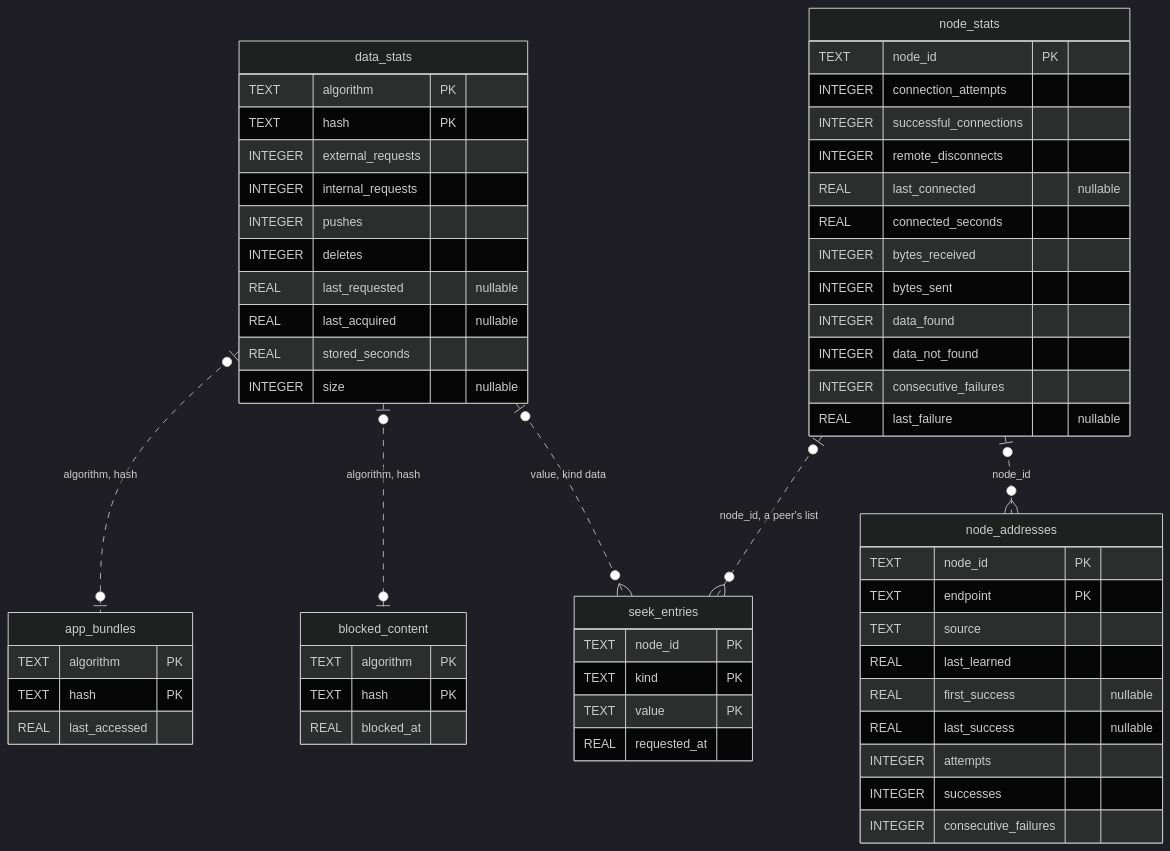
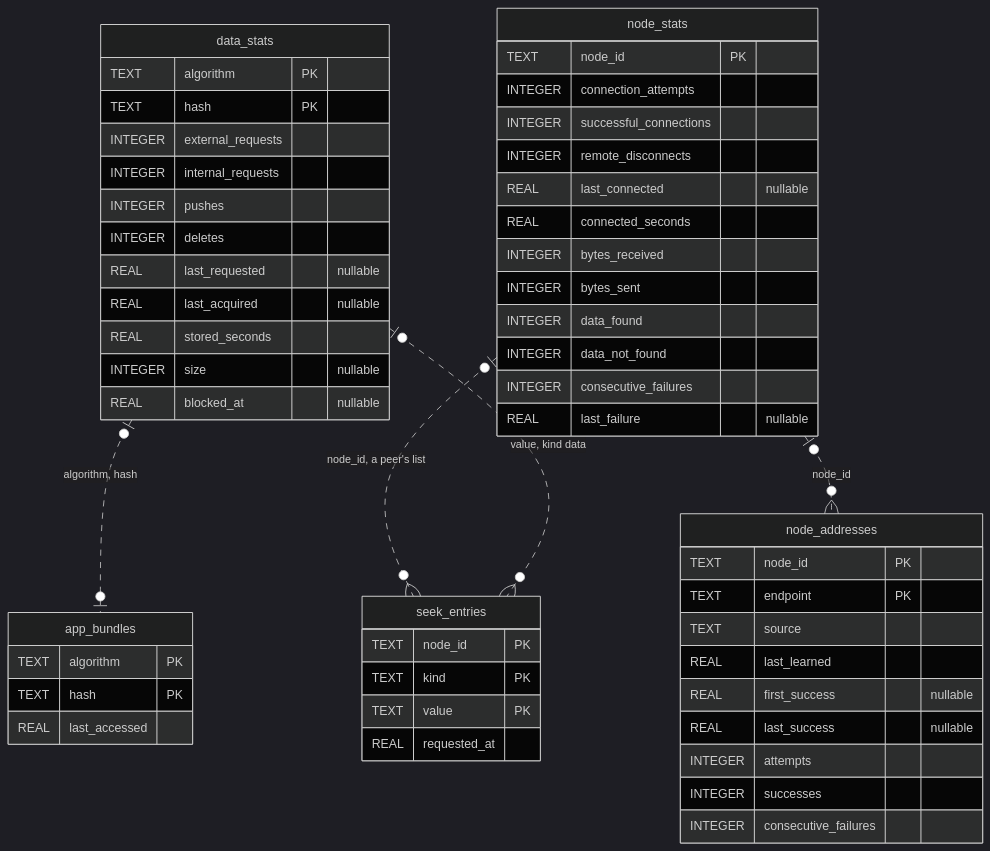
One commit to marcpage/libranet changed the diagram in docs/implementation/Database Schema.md. Above: the diagram before and after it, drawn with Mermaid (dark theme). The commit also changed other lines of this file and 6 other files, not shown here.

Commit message:
blocked is a column on data stats instead of its own table

````diff
--- a/docs/implementation/Database Schema.md
+++ b/docs/implementation/Database Schema.md
@@ -127,61 +125,56 @@
 ```mermaid
 erDiagram
     data_stats {
         TEXT algorithm PK
         TEXT hash PK
         INTEGER external_requests
         INTEGER internal_requests
         INTEGER pushes
         INTEGER deletes
         REAL last_requested "nullable"
         REAL last_acquired "nullable"
         REAL stored_seconds
         INTEGER size "nullable"
+        REAL blocked_at "nullable"
     }
     app_bundles {
         TEXT algorithm PK
         TEXT hash PK
         REAL last_accessed
     }
     node_stats {
         TEXT node_id PK
         INTEGER connection_attempts
         INTEGER successful_connections
         INTEGER remote_disconnects
         REAL last_connected "nullable"
         REAL connected_seconds
         INTEGER bytes_received
         INTEGER bytes_sent
         INTEGER data_found
         INTEGER data_not_found
         INTEGER consecutive_failures
         REAL last_failure "nullable"
     }
     node_addresses {
         TEXT node_id PK
         TEXT endpoint PK
         TEXT source
         REAL last_learned
         REAL first_success "nullable"
         REAL last_success "nullable"
         INTEGER attempts
         INTEGER successes
         INTEGER consecutive_failures
     }
     seek_entries {
         TEXT node_id PK
         TEXT kind PK
         TEXT value PK
         REAL requested_at
     }
-    blocked_content {
-        TEXT algorithm PK
-        TEXT hash PK
-        REAL blocked_at
-    }
     node_stats |o..o{ node_addresses : "node_id"
     node_stats |o..o{ seek_entries : "node_id, a peer's list"
     data_stats |o..o| app_bundles : "algorithm, hash"
     data_stats |o..o{ seek_entries : "value, kind data"
-    data_stats |o..o| blocked_content : "algorithm, hash"
 ```
````
